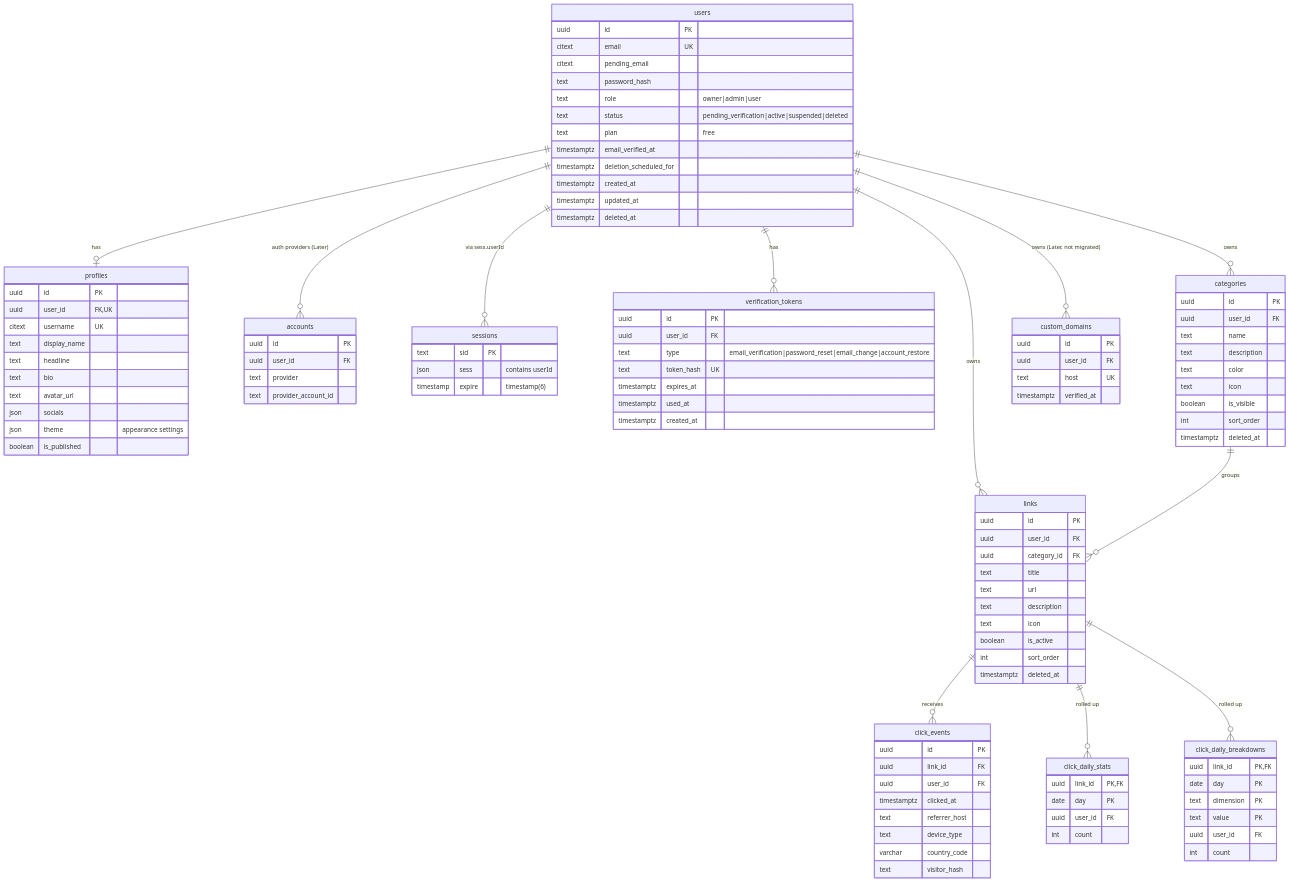
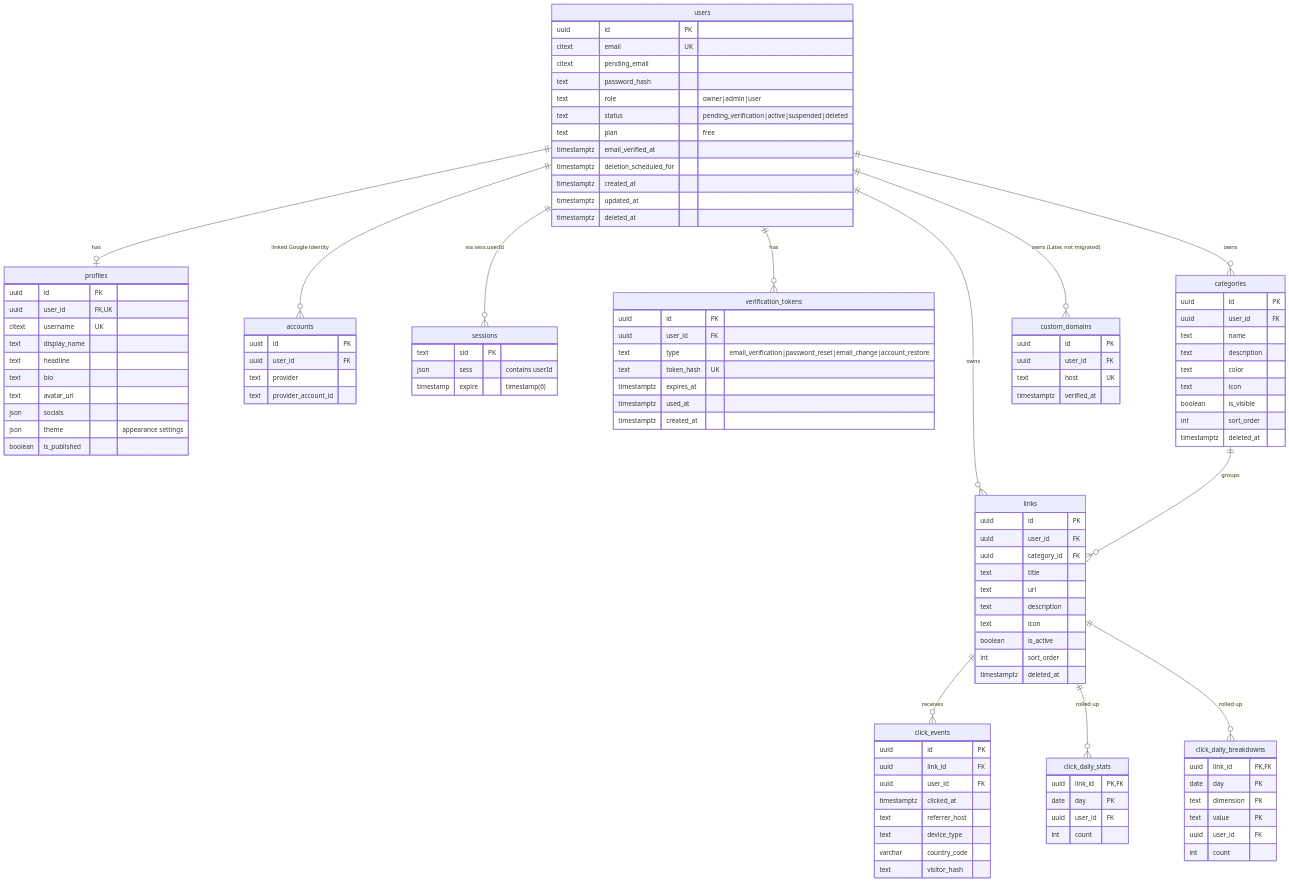
The second of 2 diagrams in link-hub-architecture.md (nayan-kunwar/LinkHub), drawn with Mermaid before and after one commit. The commit also changed other lines of this file and 6 other files, not shown here.

````diff
--- a/link-hub-architecture.md
+++ b/link-hub-architecture.md
@@ -384,7 +385,7 @@
 ```mermaid
 erDiagram
     users ||--o| profiles : has
-    users ||--o{ accounts : "auth providers (Later)"
+    users ||--o{ accounts : "linked Google identity"
     users ||--o{ sessions : "via sess.userId"
     users ||--o{ verification_tokens : has
     users ||--o{ categories : owns
````
